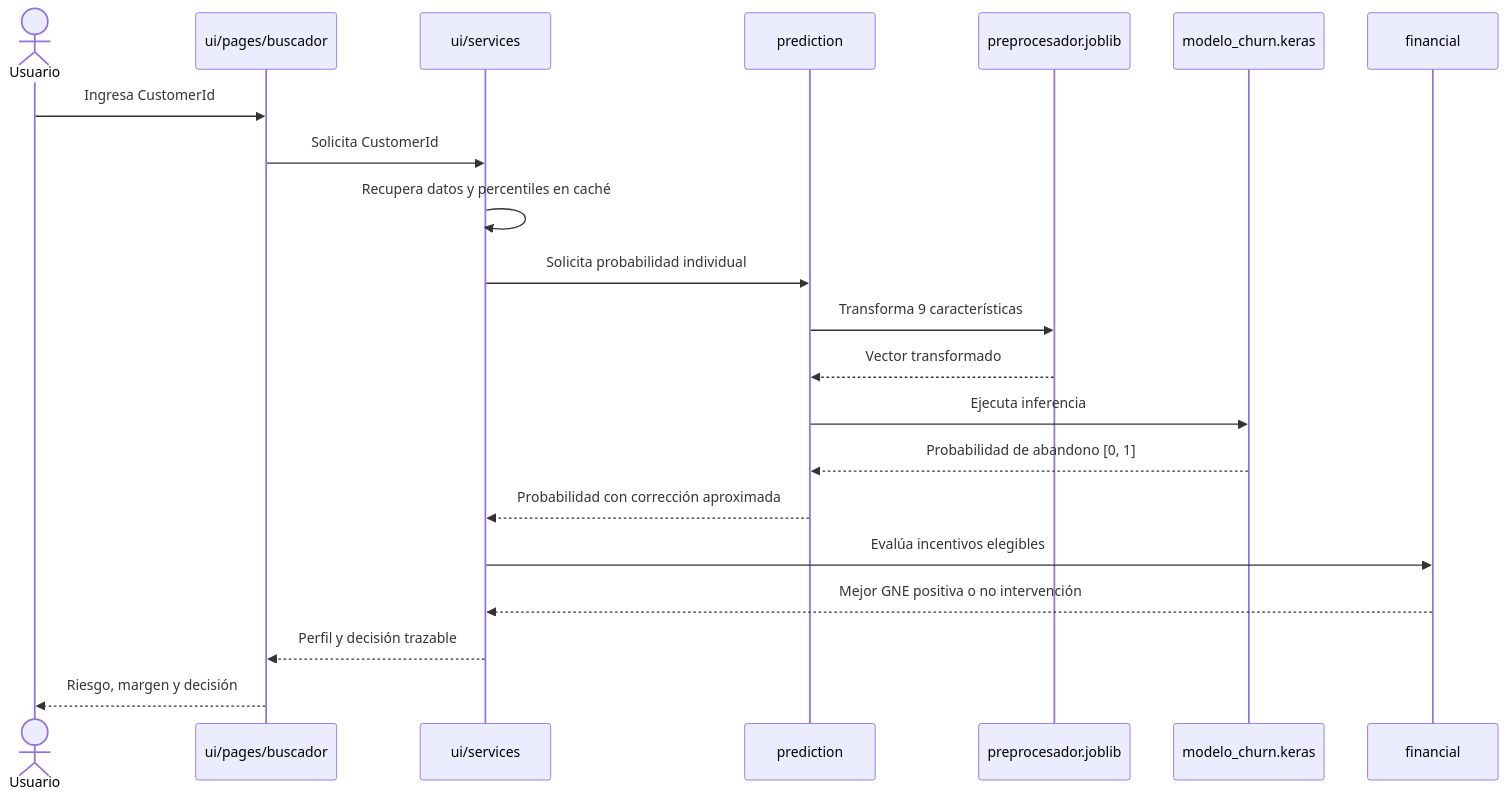
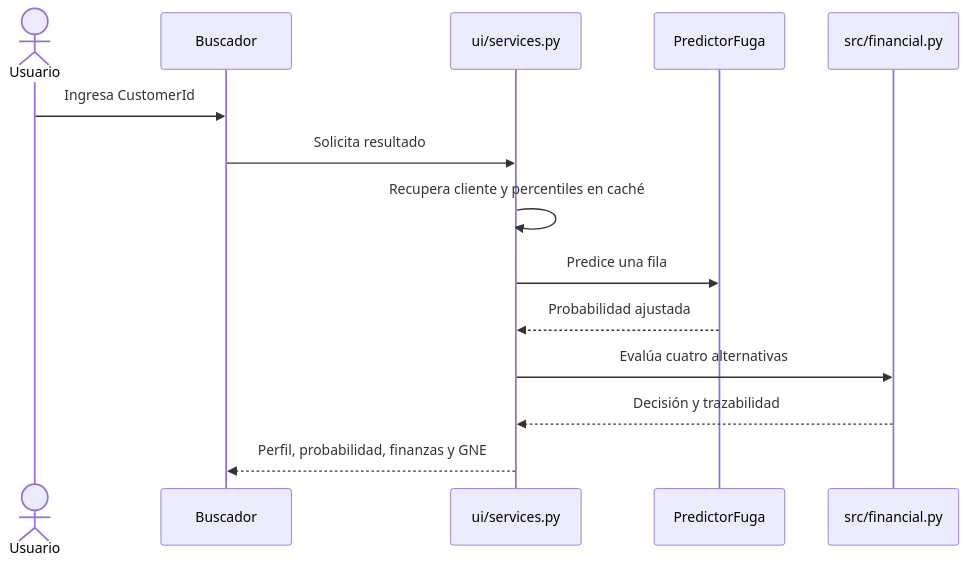
One commit to An2k24Dm/project-AI changed the third of 3 diagrams in docs/architecture.md. Above: the diagram before and after it, drawn with Mermaid. The commit also changed other lines of this file and 19 other files, not shown here.

````diff
--- a/docs/architecture.md
+++ b/docs/architecture.md
@@ -81,24 +108,17 @@
 ```mermaid
 sequenceDiagram
     actor Usuario
-    participant UI as ui/pages/buscador
-    participant Servicios as ui/services
-    participant Pred as prediction
-    participant Prep as preprocesador.joblib
-    participant MLP as modelo_churn.keras
-    participant Finanzas as financial
+    participant UI as Buscador
+    participant S as ui/services.py
+    participant P as PredictorFuga
+    participant F as src/financial.py
 
     Usuario->>UI: Ingresa CustomerId
-    UI->>Servicios: Solicita CustomerId
-    Servicios->>Servicios: Recupera datos y percentiles en caché
-    Servicios->>Pred: Solicita probabilidad individual
-    Pred->>Prep: Transforma 9 características
-    Prep-->>Pred: Vector transformado
-    Pred->>MLP: Ejecuta inferencia
-    MLP-->>Pred: Probabilidad de abandono [0, 1]
-    Pred-->>Servicios: Probabilidad con corrección aproximada
-    Servicios->>Finanzas: Evalúa incentivos elegibles
-    Finanzas-->>Servicios: Mejor GNE positiva o no intervención
-    Servicios-->>UI: Perfil y decisión trazable
-    UI-->>Usuario: Riesgo, margen y decisión
+    UI->>S: Solicita resultado
+    S->>S: Recupera cliente y percentiles en caché
+    S->>P: Predice una fila
+    P-->>S: Probabilidad ajustada
+    S->>F: Evalúa cuatro alternativas
+    F-->>S: Decisión y trazabilidad
+    S-->>UI: Perfil, probabilidad, finanzas y GNE
 ```
````
